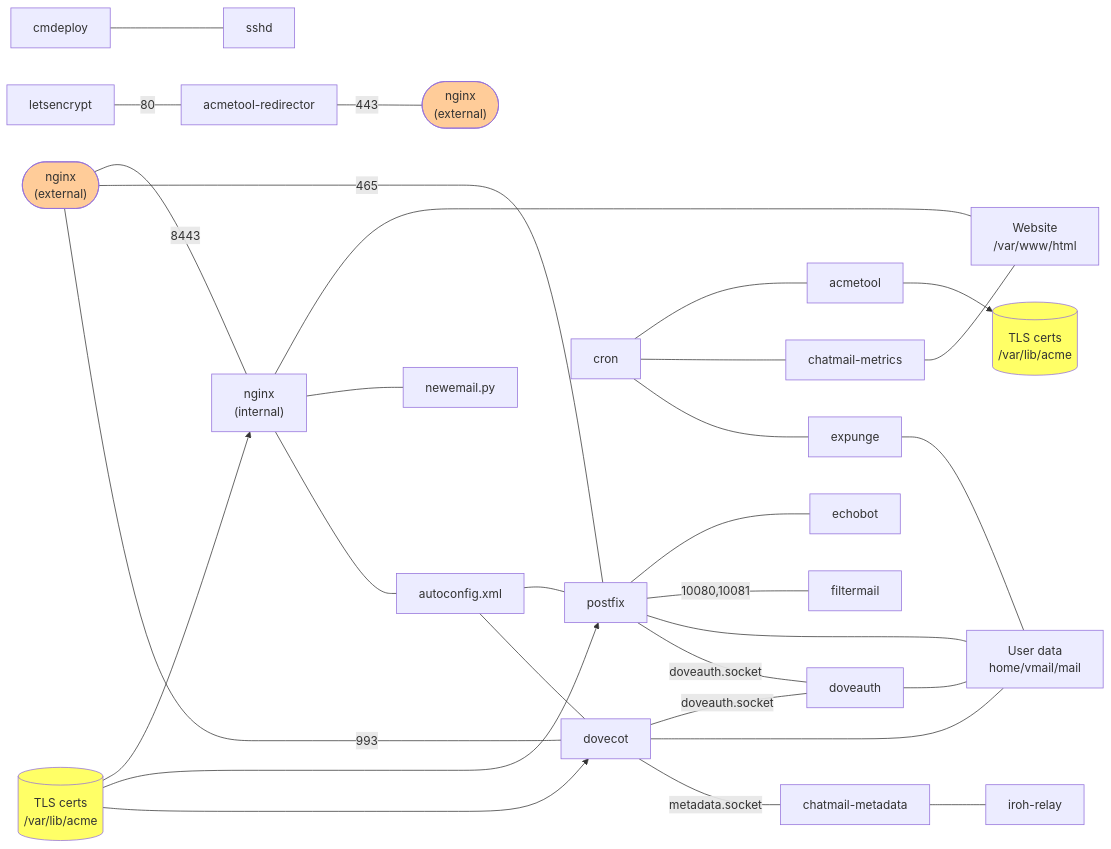
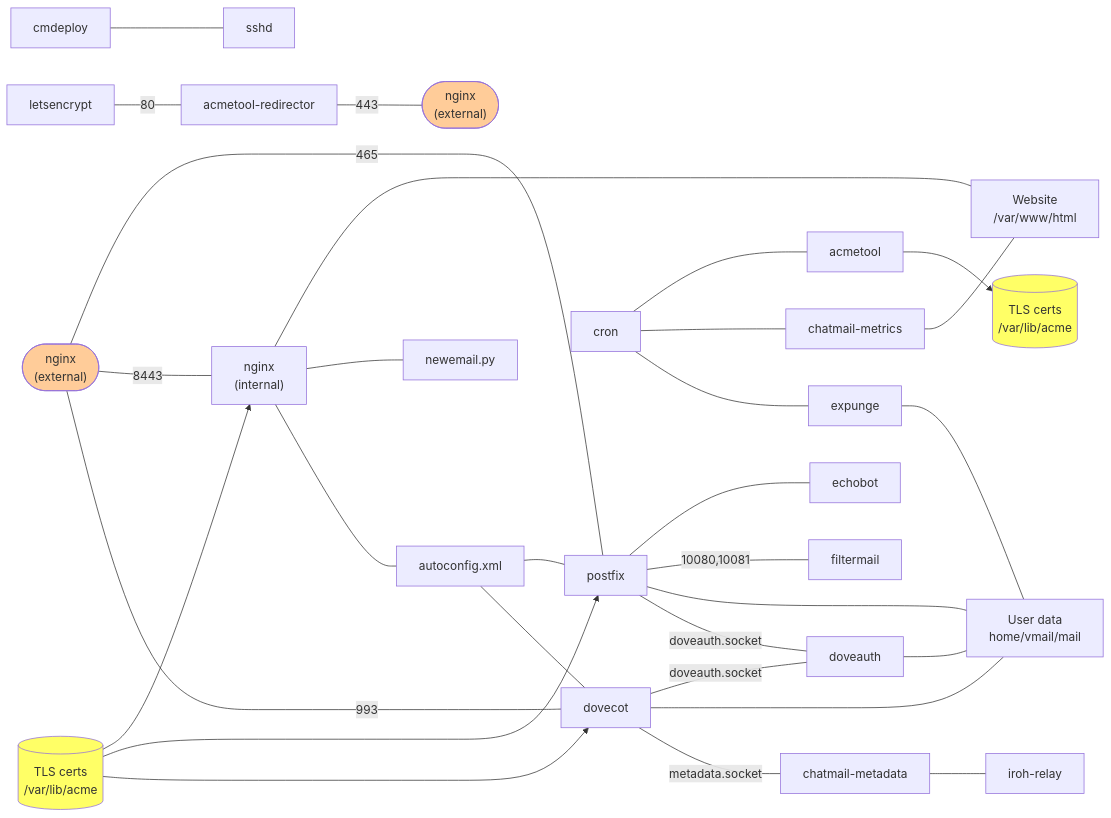
One commit to cliffmccarthy/chatmail-relay changed the diagram in ARCHITECTURE.md. Above: the diagram before and after it, drawn with Mermaid. The commit also changed other lines of this file, not shown here.

````diff
--- a/ARCHITECTURE.md
+++ b/ARCHITECTURE.md
@@ -4,43 +4,43 @@
 ```mermaid
 graph LR;
     cmdeploy --- sshd;
     letsencrypt --- |80|acmetool-redirector;
     acmetool-redirector --- |443|nginx-right(["`nginx
     (external)`"]);
+    nginx-external --- |465|postfix;
     nginx-external(["`nginx
     (external)`"]) --- |8443|nginx-internal["`nginx
     (internal)`"];
-    nginx-external --- |465|postfix;
     nginx-internal --- website["`Website
     /var/www/html`"];
     nginx-internal --- newemail.py;
     nginx-internal --- autoconfig.xml;
     certs-nginx[("`TLS certs
     /var/lib/acme`")] --> nginx-internal;
     cron --- acmetool;
     cron --- chatmail-metrics;
     cron --- expunge;
     chatmail-metrics --- website;
     acmetool --> certs[("`TLS certs
     /var/lib/acme`")];
     nginx-external --- |993|dovecot;
     autoconfig.xml --- postfix;
     autoconfig.xml --- dovecot;
     postfix --- echobot;
     postfix --- |10080,10081|filtermail;
     postfix --- users["`User data
     home/vmail/mail`"];
     postfix --- |doveauth.socket|doveauth;
     dovecot --- |doveauth.socket|doveauth;
     dovecot --- users;
     dovecot --- |metadata.socket|chatmail-metadata;
     doveauth --- users;
     expunge --- users;
     chatmail-metadata --- iroh-relay;
     certs-nginx --> postfix;
     certs-nginx --> dovecot;
     style certs fill:#ff6;
     style certs-nginx fill:#ff6;
     style nginx-external fill:#fc9;
     style nginx-right fill:#fc9;
 ```
````
